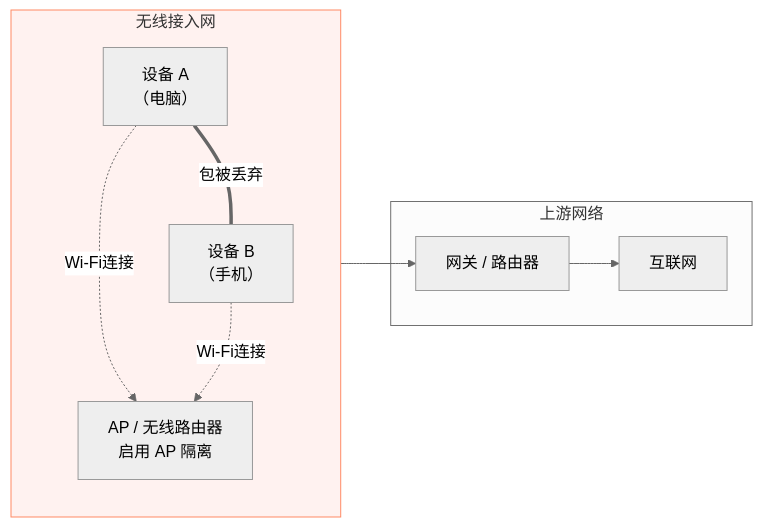
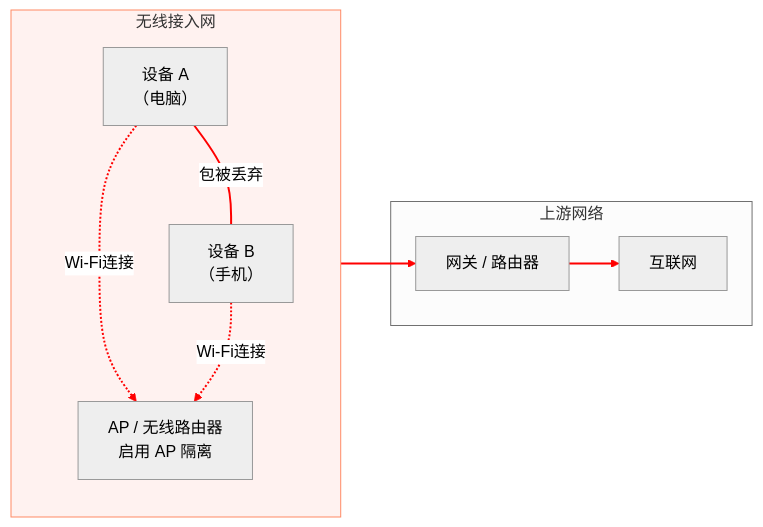
Before and after one commit to milk2715093695/milk2715093695.github.io: the second of 3 diagrams in src/content/posts/campus-network/index.md, drawn with Mermaid (neutral theme). The commit also changed other lines of this file, not shown here.

Commit message:
docs(blog): change mermaid color

````diff
--- a/src/content/posts/campus-network/index.md
+++ b/src/content/posts/campus-network/index.md
@@ -130,23 +136,29 @@
 ```mermaid
 flowchart LR
   subgraph WLAN[无线接入网]
     direction TB
     A[设备 A<br/>（电脑）]
     AP[AP / 无线路由器<br/>启用 AP 隔离]
     B[设备 B<br/>（手机）]
   end
 
   subgraph CORE[上游网络]
     GW[网关 / 路由器]
     Internet[互联网]
   end
 
   A -.->|Wi-Fi连接| AP
   B -.->|Wi-Fi连接| AP
   A ===|包被丢弃| B
 
   AP --> GW --> Internet
 
   classDef isol fill:#fff2f0,stroke:#ff8a65;
   class WLAN isol;
+
+  linkStyle 0 stroke:red,stroke-width:2px;
+  linkStyle 1 stroke:red,stroke-width:2px;
+  linkStyle 2 stroke:red,stroke-width:2px;
+  linkStyle 3 stroke:red,stroke-width:2px;
+  linkStyle 4 stroke:red,stroke-width:2px;
 ```
````
